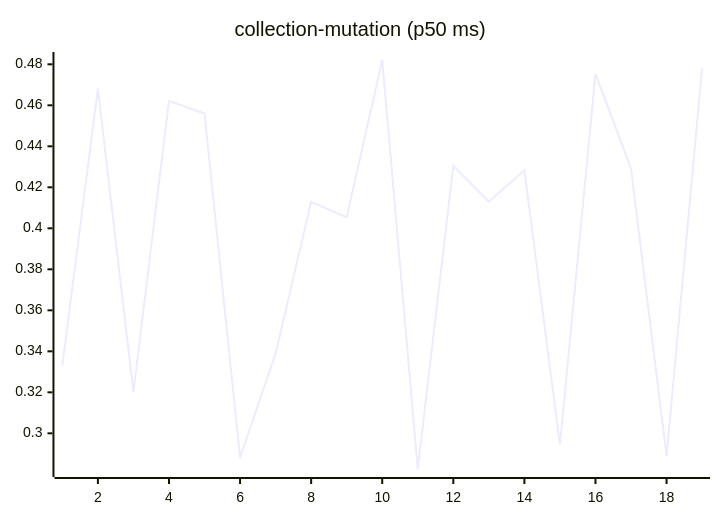
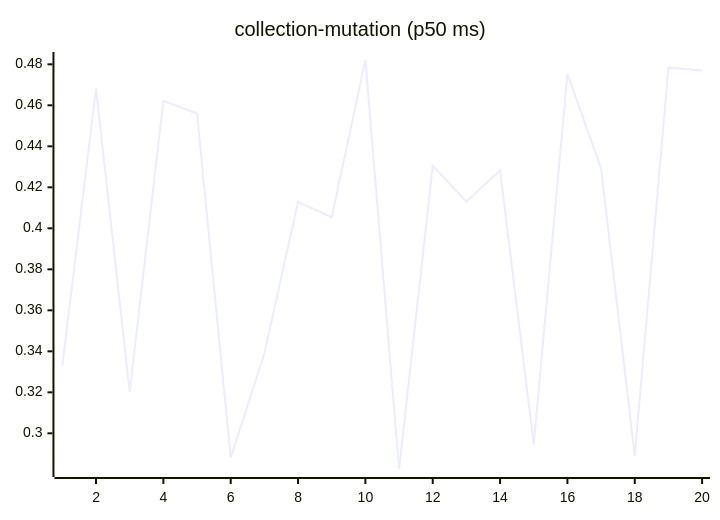
One commit to josha/Facet changed the sixth of 27 diagrams in README.md. Above: the diagram before and after it, drawn with Mermaid. The commit also changed other lines of this file and 2 other files, not shown here.

````diff
--- a/README.md
+++ b/README.md
@@ -98,6 +98,6 @@
 ```mermaid
 xychart-beta
     title "collection-mutation (p50 ms)"
-    x-axis 1 --> 19
-    line [0.3332, 0.4681, 0.3201, 0.4622, 0.4560, 0.2881, 0.3389, 0.4129, 0.4054, 0.4821, 0.2826, 0.4305, 0.4130, 0.4283, 0.2946, 0.4753, 0.4292, 0.2890, 0.4784]
+    x-axis 1 --> 20
+    line [0.3332, 0.4681, 0.3201, 0.4622, 0.4560, 0.2881, 0.3389, 0.4129, 0.4054, 0.4821, 0.2826, 0.4305, 0.4130, 0.4283, 0.2946, 0.4753, 0.4292, 0.2890, 0.4784, 0.4770]
 ```
````
